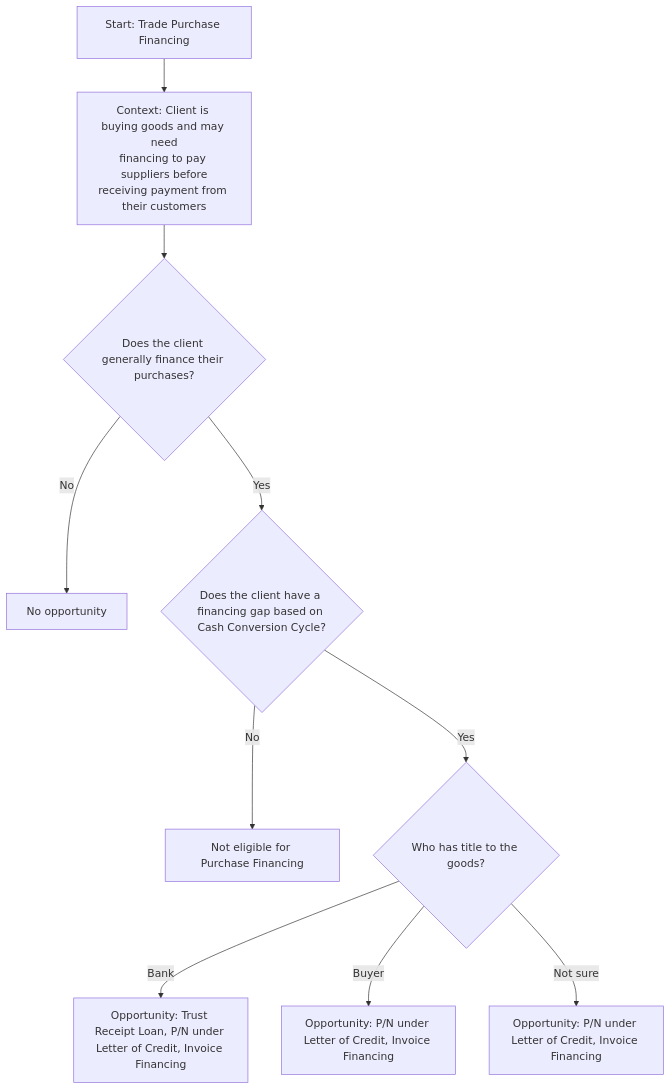
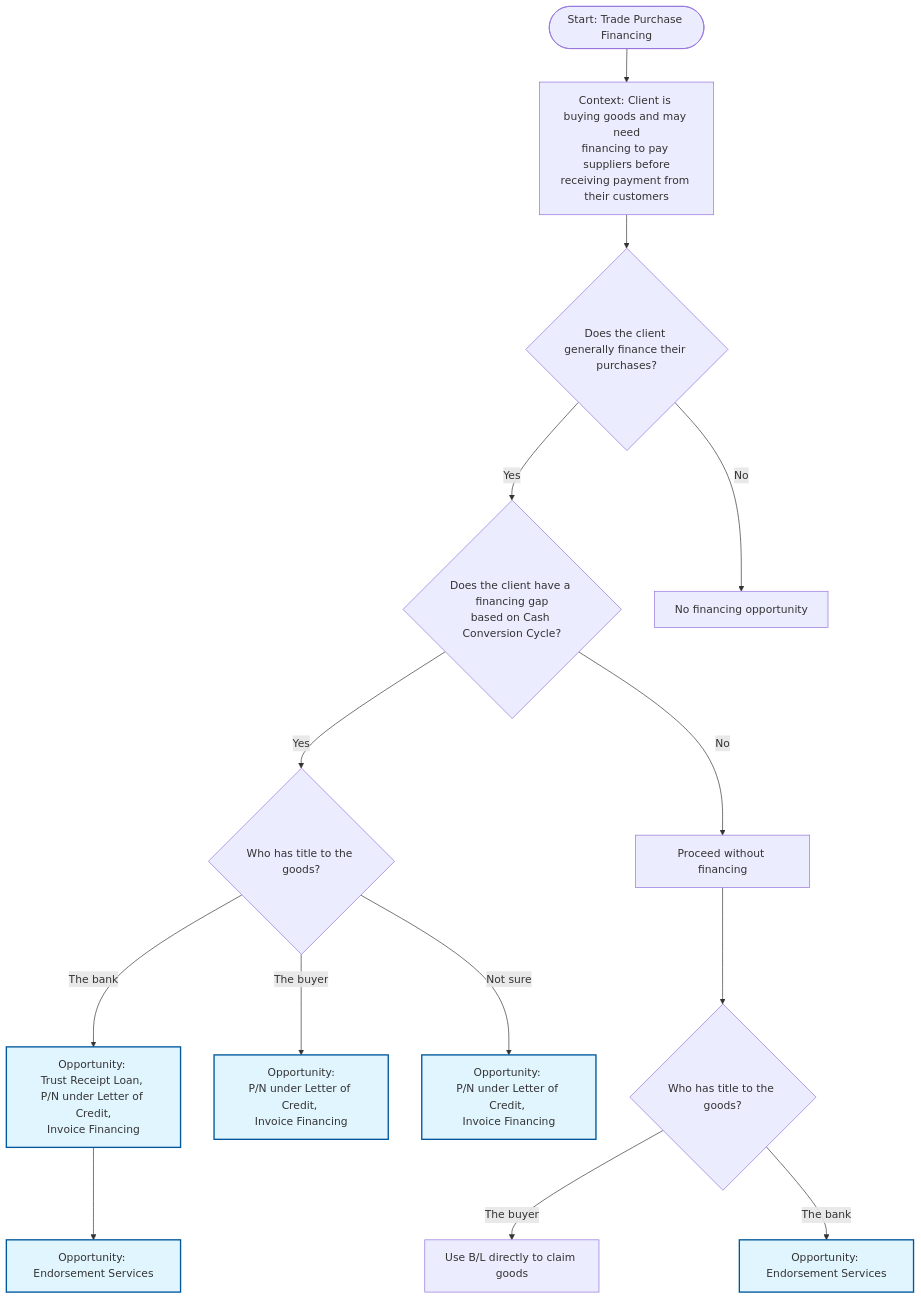
One commit to sage-develop/why changed the diagram in tvc_decision_trees/lc_decision_trees/purchase_financing_tree.md. Above: the diagram before and after it, drawn with Mermaid. The commit also changed 2 other files, not shown here.

Commit message:
fix 1st round

````diff
--- a/tvc_decision_trees/lc_decision_trees/purchase_financing_tree.md
+++ b/tvc_decision_trees/lc_decision_trees/purchase_financing_tree.md
@@ -16,14 +16,33 @@
 ```mermaid
 %% Trade Finance Purchase Financing Decision Tree
 flowchart TD
-    Start[Start: Trade Purchase Financing] --> Context[Context: Client is buying goods and may need<br>financing to pay suppliers before<br>receiving payment from their customers]
-    Context -->A{Does the client generally finance their purchases?}
-    A -->|No| B[No opportunity]
-    A -->|Yes| C{Does the client have a financing gap based on Cash Conversion Cycle?}
+    A(["Start: Trade Purchase Financing"]) --> n1["Context: Client is buying goods and may need<br>financing to pay suppliers before<br>receiving payment from their customers"]
+    n1 --> n2["Does the client generally finance their purchases?"]
+    n2 -- Yes --> J["Does the client have a financing gap<br>based on Cash Conversion Cycle?"]
+    n2 -- No --> n3["No financing opportunity"]
+    J -- Yes --> n4["Who has title to the goods?"]
+    J -- No --> L["Proceed without financing"]
+    n4 -- The bank --> T@{ label: "<span style=\"background-color:\">Opportunity: <br>Trust Receipt Loan, <br>P/N under Letter of Credit,<br>Invoice Financing</span>" }
+    n4 -- The buyer --> P1@{ label: "<span style=\"background-color:\">Opportunity:<br>P/N under Letter of Credit, <br>Invoice Financing</span>" }
+    n4 -- Not sure --> P2@{ label: "<span style=\"background-color:\">Opportunity: <br>P/N under Letter of Credit, <br>Invoice Financing</span>" }
+    L --> M["Who has title to the goods?"]
+    M -- The buyer --> N["Use B/L directly to claim goods"]
+    M -- The bank --> O["Opportunity: Endorsement Services"]
+    T --> n5["Opportunity: Endorsement Services"]
 
-    C -->|No| D[Not eligible for Purchase Financing]
-    C -->|Yes| E{Who has title to the goods?}
-    E -->|Bank| F[Opportunity: Trust Receipt Loan, P/N under Letter of Credit, Invoice Financing]
-    E -->|Buyer| G[Opportunity: P/N under Letter of Credit, Invoice Financing]
-    E -->|Not sure| H[Opportunity: P/N under Letter of Credit, Invoice Financing]
+    n2@{ shape: diam}
+    J@{ shape: diam}
+    n3@{ shape: rect}
+    n4@{ shape: diam}
+    T@{ shape: rect}
+    P1@{ shape: rect}
+    P2@{ shape: rect}
+    M@{ shape: diam}
+    n5@{ shape: rect}
+     T:::productBox
+     P1:::productBox
+     P2:::productBox
+     O:::productBox
+     n5:::productBox
+    classDef productBox fill:#e1f5fe,stroke:#01579b,stroke-width:2px
 ```
````
